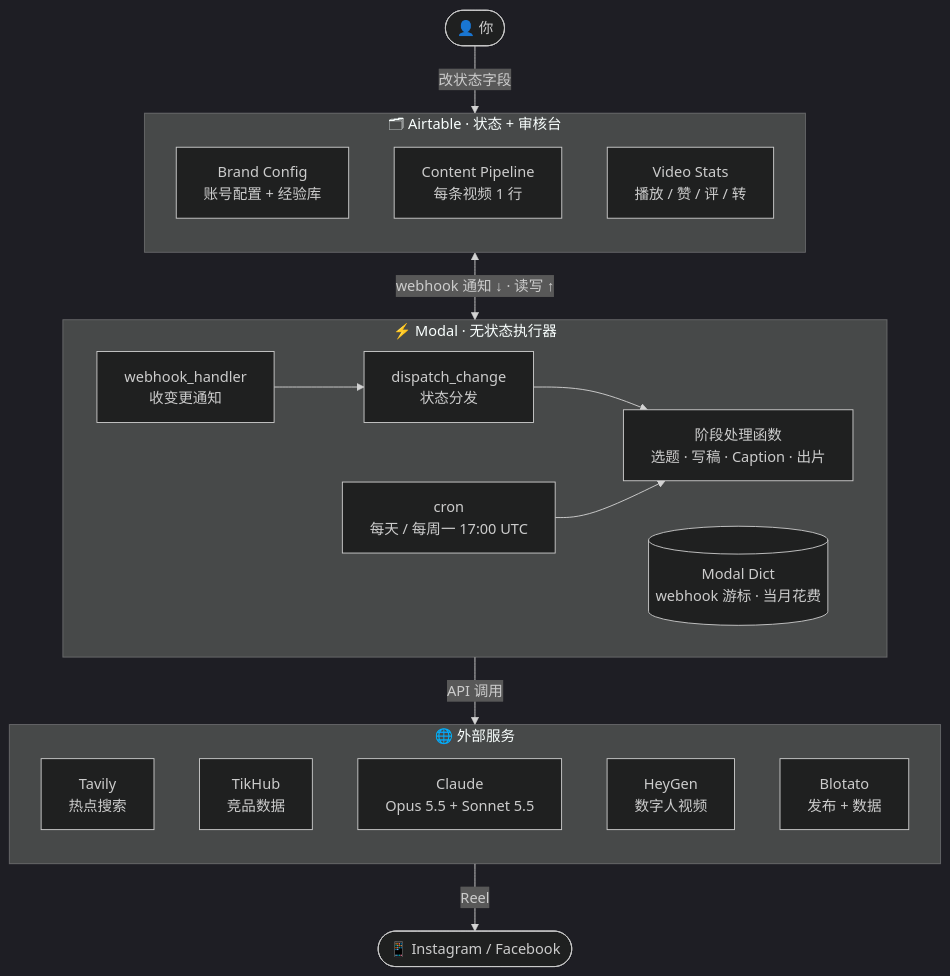
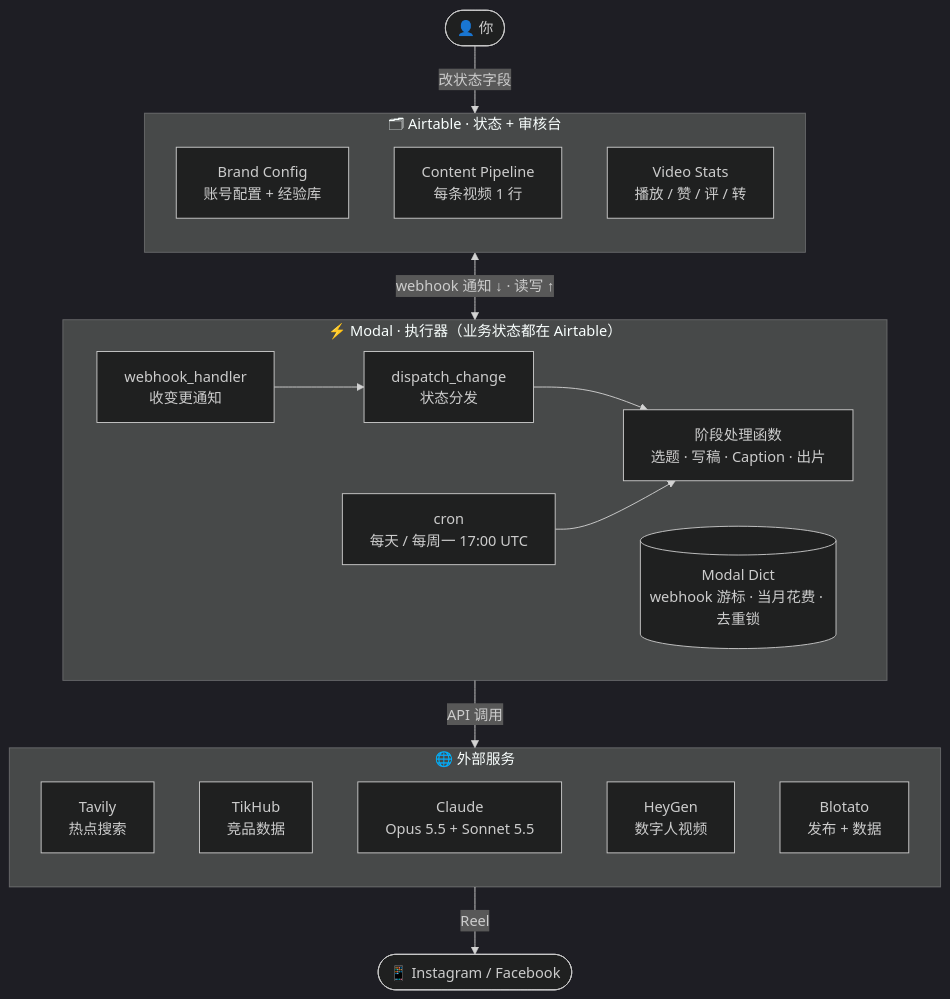
Before and after one commit to LouisTee4466/koubo-opc-sys: the second of 4 diagrams in README.md, drawn with Mermaid (dark theme). The commit also changed other lines of this file and 18 other files, not shown here.

````diff
--- a/README.md
+++ b/README.md
@@ -64,35 +64,35 @@
 ```mermaid
 flowchart TB
     U(["👤 你"])
 
     subgraph AT["🗂 Airtable · 状态 + 审核台"]
         direction TB
         BC["Brand Config<br/>账号配置 + 经验库"]
         CP["Content Pipeline<br/>每条视频 1 行"]
         VS["Video Stats<br/>播放 / 赞 / 评 / 转"]
     end
 
-    subgraph MD["⚡ Modal · 无状态执行器"]
+    subgraph MD["⚡ Modal · 执行器（业务状态都在 Airtable）"]
         direction LR
         WH["webhook_handler<br/>收变更通知"] --> DP["dispatch_change<br/>状态分发"]
         DP --> HD["阶段处理函数<br/>选题 · 写稿 · Caption · 出片"]
         CR["cron<br/>每天 / 每周一 17:00 UTC"] --> HD
-        ST[("Modal Dict<br/>webhook 游标 · 当月花费")]
+        ST[("Modal Dict<br/>webhook 游标 · 当月花费 · 去重锁")]
     end
 
     subgraph EX["🌐 外部服务"]
         direction TB
         TV["Tavily<br/>热点搜索"]
         TH["TikHub<br/>竞品数据"]
         CL["Claude<br/>Opus 5.5 + Sonnet 5.5"]
         HG["HeyGen<br/>数字人视频"]
         BL["Blotato<br/>发布 + 数据"]
     end
 
     SOC(["📱 Instagram / Facebook"])
 
     U -- "改状态字段" --> AT
     AT <-- "webhook 通知 ↓ · 读写 ↑" --> MD
     MD -- "API 调用" --> EX
     EX -- "Reel" --> SOC
 ```
````
